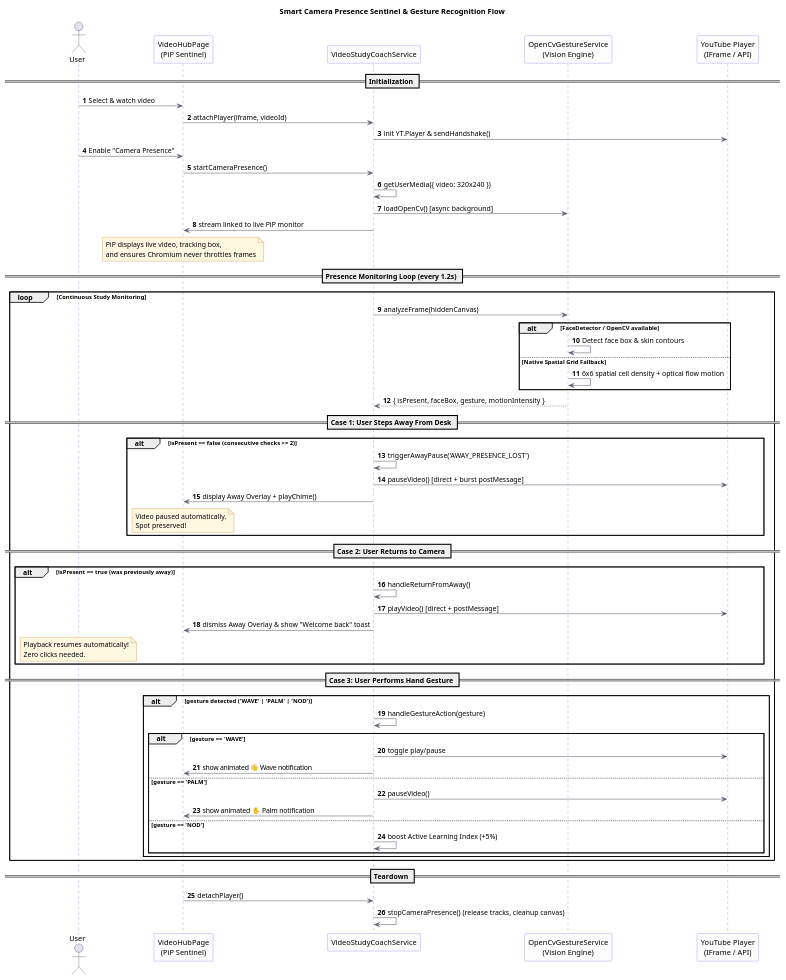
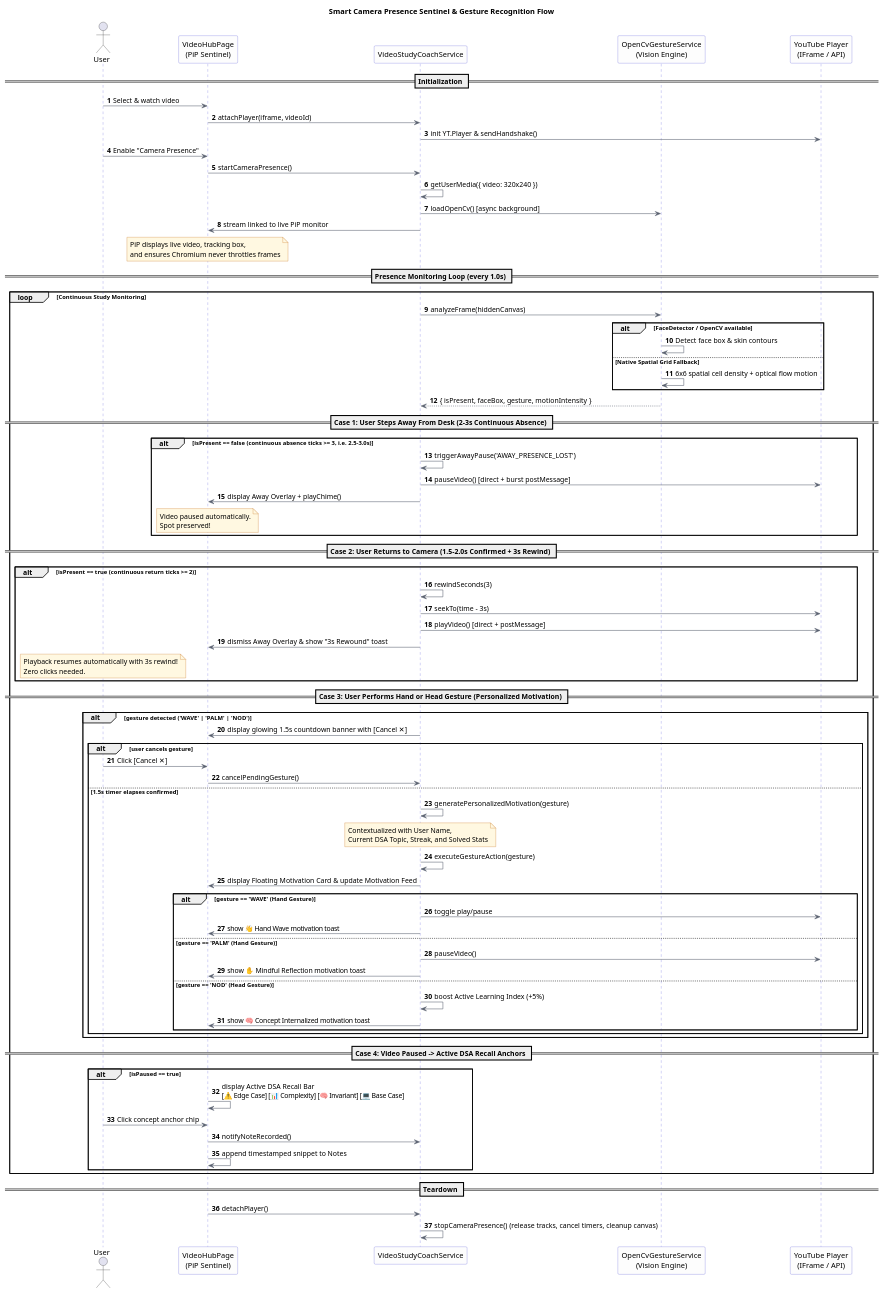
Before and after one commit to Aditya21102001/PeerDSATracker: the diagram in docs/diagrams/flow-camera-presence-gesture.puml, drawn with PlantUML. The commit also changed 8 other files, not shown here.

Commit message:
feat(frontend): add video study coach service and hub page for AI-powered learning features

```diff
--- a/docs/diagrams/flow-camera-presence-gesture.puml
+++ b/docs/diagrams/flow-camera-presence-gesture.puml
@@ -1,86 +1,105 @@
 @startuml flow-camera-presence-gesture
 ' Client-side Camera Presence Sentinel & Gesture-Aware Playback Engine
 '
 ' Render: plantuml docs/diagrams/flow-camera-presence-gesture.puml
 
 skinparam backgroundColor #FFFFFF
 skinparam shadowing false
 skinparam sequence {
   ParticipantBackgroundColor #FDFDFD
   ParticipantBorderColor #5B5BD6
   ArrowColor #59606F
   LifeLineBorderColor #5B5BD6
   LifeLineBackgroundColor #EFF1F6
 }
 skinparam note {
   BackgroundColor #FFF8E1
   BorderColor #C2670A
 }
 
 title Smart Camera Presence Sentinel & Gesture Recognition Flow
 
 actor User
 participant "VideoHubPage\n(PiP Sentinel)" as Hub
 participant "VideoStudyCoachService" as Coach
 participant "OpenCvGestureService\n(Vision Engine)" as CV
 participant "YouTube Player\n(IFrame / API)" as Player
 
 autonumber
 
 == Initialization ==
 User -> Hub: Select & watch video
 Hub -> Coach: attachPlayer(iframe, videoId)
 Coach -> Player: init YT.Player & sendHandshake()
 User -> Hub: Enable "Camera Presence"
 Hub -> Coach: startCameraPresence()
 Coach -> Coach: getUserMedia({ video: 320x240 })
 Coach -> CV: loadOpenCv() [async background]
 Coach -> Hub: stream linked to live PiP monitor
 note over Hub: PiP displays live video, tracking box,\nand ensures Chromium never throttles frames
 
-== Presence Monitoring Loop (every 1.2s) ==
+== Presence Monitoring Loop (every 1.0s) ==
 loop Continuous Study Monitoring
   Coach -> CV: analyzeFrame(hiddenCanvas)
   alt FaceDetector / OpenCV available
     CV -> CV: Detect face box & skin contours
   else Native Spatial Grid Fallback
     CV -> CV: 6x6 spatial cell density + optical flow motion
   end
   CV --> Coach: { isPresent, faceBox, gesture, motionIntensity }
 
-  == Case 1: User Steps Away From Desk ==
-  alt isPresent == false (consecutive checks >= 2)
+  == Case 1: User Steps Away From Desk (2-3s Continuous Absence) ==
+  alt isPresent == false (continuous absence ticks >= 3, i.e. 2.5-3.0s)
     Coach -> Coach: triggerAwayPause('AWAY_PRESENCE_LOST')
     Coach -> Player: pauseVideo() [direct + burst postMessage]
     Coach -> Hub: display Away Overlay + playChime()
     note over Hub: Video paused automatically.\nSpot preserved!
   end
 
-  == Case 2: User Returns to Camera ==
-  alt isPresent == true (was previously away)
-    Coach -> Coach: handleReturnFromAway()
+  == Case 2: User Returns to Camera (1.5-2.0s Confirmed + 3s Rewind) ==
+  alt isPresent == true (continuous return ticks >= 2)
+    Coach -> Coach: rewindSeconds(3)
+    Coach -> Player: seekTo(time - 3s)
     Coach -> Player: playVideo() [direct + postMessage]
-    Coach -> Hub: dismiss Away Overlay & show "Welcome back" toast
-    note over User: Playback resumes automatically!\nZero clicks needed.
+    Coach -> Hub: dismiss Away Overlay & show "3s Rewound" toast
+    note over User: Playback resumes automatically with 3s rewind!\nZero clicks needed.
   end
 
-  == Case 3: User Performs Hand Gesture ==
+  == Case 3: User Performs Hand or Head Gesture (Personalized Motivation) ==
   alt gesture detected ('WAVE' | 'PALM' | 'NOD')
-    Coach -> Coach: handleGestureAction(gesture)
-    alt gesture == 'WAVE'
-      Coach -> Player: toggle play/pause
-      Coach -> Hub: show animated 👋 Wave notification
-    else gesture == 'PALM'
-      Coach -> Player: pauseVideo()
-      Coach -> Hub: show animated ✋ Palm notification
-    else gesture == 'NOD'
-      Coach -> Coach: boost Active Learning Index (+5%)
+    Coach -> Hub: display glowing 1.5s countdown banner with [Cancel ✕]
+    alt user cancels gesture
+      User -> Hub: Click [Cancel ✕]
+      Hub -> Coach: cancelPendingGesture()
+    else 1.5s timer elapses confirmed
+      Coach -> Coach: generatePersonalizedMotivation(gesture)
+      note over Coach: Contextualized with User Name,\nCurrent DSA Topic, Streak, and Solved Stats
+      Coach -> Coach: executeGestureAction(gesture)
+      Coach -> Hub: display Floating Motivation Card & update Motivation Feed
+      alt gesture == 'WAVE' (Hand Gesture)
+        Coach -> Player: toggle play/pause
+        Coach -> Hub: show 👋 Hand Wave motivation toast
+      else gesture == 'PALM' (Hand Gesture)
+        Coach -> Player: pauseVideo()
+        Coach -> Hub: show ✋ Mindful Reflection motivation toast
+      else gesture == 'NOD' (Head Gesture)
+        Coach -> Coach: boost Active Learning Index (+5%)
+        Coach -> Hub: show 🧠 Concept Internalized motivation toast
+      end
     end
+  end
+
+  == Case 4: Video Paused -> Active DSA Recall Anchors ==
+  alt isPaused == true
+    Hub -> Hub: display Active DSA Recall Bar\n[⚠️ Edge Case] [📊 Complexity] [🧠 Invariant] [💻 Base Case]
+    User -> Hub: Click concept anchor chip
+    Hub -> Coach: notifyNoteRecorded()
+    Hub -> Hub: append timestamped snippet to Notes
   end
 end
 
 == Teardown ==
 Hub -> Coach: detachPlayer()
-Coach -> Coach: stopCameraPresence() (release tracks, cleanup canvas)
+Coach -> Coach: stopCameraPresence() (release tracks, cancel timers, cleanup canvas)
 
 @enduml
```
